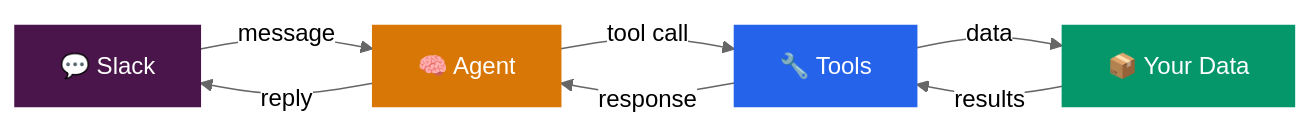
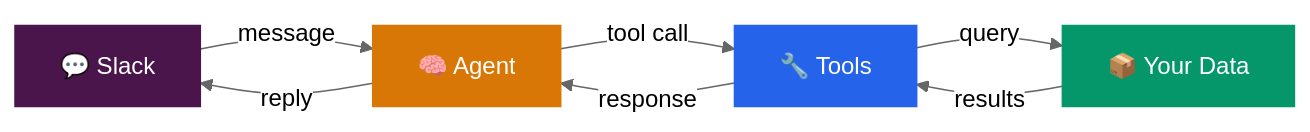
One commit to Mikeishiring/slackbot changed the first of 8 diagrams in README.md. Above: the diagram before and after it, drawn with Mermaid (neutral theme). The commit also changed other lines of this file and 1 other file, not shown here.

````diff
--- a/README.md
+++ b/README.md
@@ -17,14 +17,14 @@
 ```mermaid
 graph LR
     A["💬 Slack"] -->|message| B["🧠 Agent"]
     B -->|tool call| C["🔧 Tools"]
-    C -->|data| D["📦 Your Data"]
+    C -->|query| D["📦 Your Data"]
     D -->|results| C
     C -->|response| B
     B -->|reply| A
 
     style A fill:#4A154B,color:#fff,stroke:#4A154B
     style B fill:#D97706,color:#fff,stroke:#D97706
     style C fill:#2563EB,color:#fff,stroke:#2563EB
     style D fill:#059669,color:#fff,stroke:#059669
 ```
````
